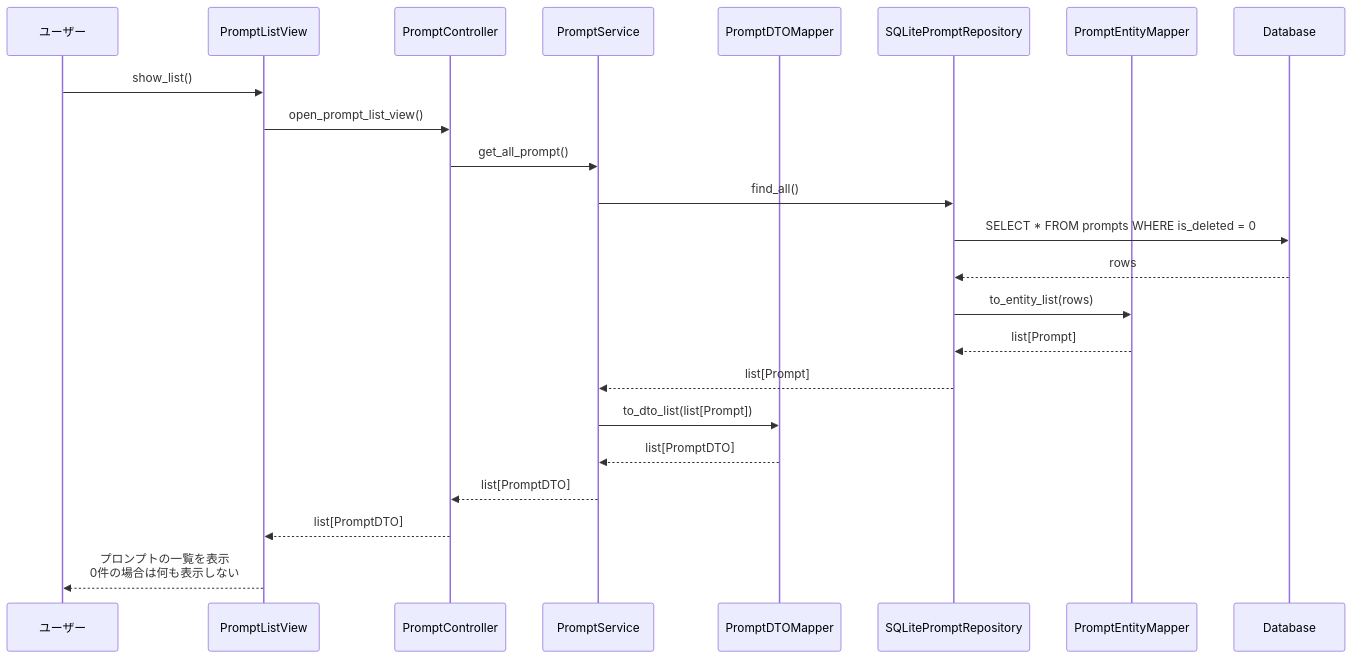
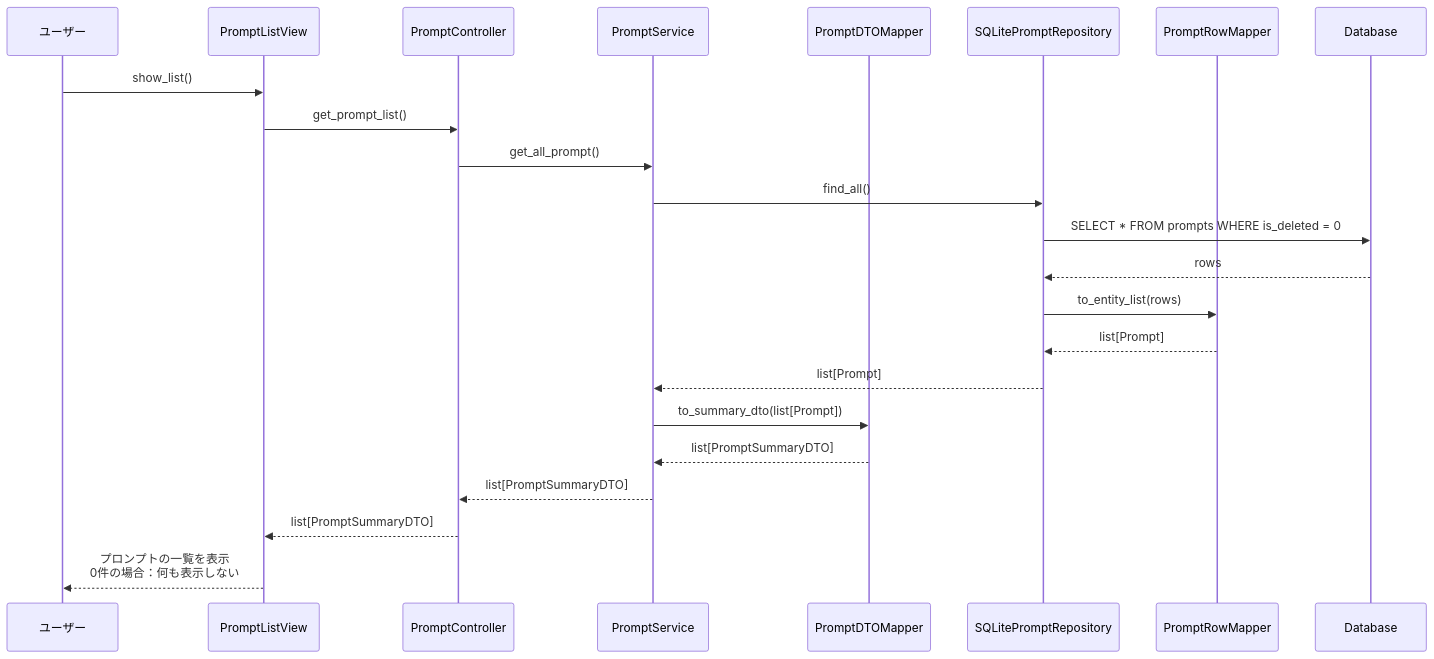
The first of 8 diagrams in docs/06_sequence_diagram.md (kuronyanko1108/prompt-manager), drawn with Mermaid before and after one commit. The commit also changed other lines of this file and 1 other file, not shown here.

Commit message:
update class_diagram,sequence_diagram

````diff
--- a/docs/06_sequence_diagram.md
+++ b/docs/06_sequence_diagram.md
@@ -3,28 +5,28 @@
 ```mermaid
 sequenceDiagram
 participant user as ユーザー
 participant view as PromptListView
 participant ctrl as PromptController
 participant service as PromptService
 participant dto_mapper as PromptDTOMapper
 participant repository as SQLitePromptRepository
-participant row_mapper as PromptEntityMapper
+participant row_mapper as PromptRowMapper
 participant db as Database
 
     user ->> view: show_list()
-    view ->> ctrl: open_prompt_list_view()
+    view ->> ctrl: get_prompt_list()
     ctrl ->> service : get_all_prompt()
     service ->> repository : find_all()
     repository ->> db : SELECT * FROM prompts WHERE is_deleted = 0
     db -->> repository : rows
 
     repository ->> row_mapper : to_entity_list(rows)
     row_mapper -->> repository : list[Prompt]
     repository -->> service : list[Prompt]
-    service ->> dto_mapper : to_dto_list(list[Prompt])
-    dto_mapper -->> service : list[PromptDTO]
+    service ->> dto_mapper : to_summary_dto(list[Prompt])
+    dto_mapper -->> service : list[PromptSummaryDTO]
 
-    service -->> ctrl : list[PromptDTO]
-    ctrl -->> view :    list[PromptDTO]
-    view -->> user: プロンプトの一覧を表示<br>0件の場合は何も表示しない
+    service -->> ctrl : list[PromptSummaryDTO]
+    ctrl -->> view :    list[PromptSummaryDTO]
+    view -->> user: プロンプトの一覧を表示<br>0件の場合：何も表示しない
 ```
````
